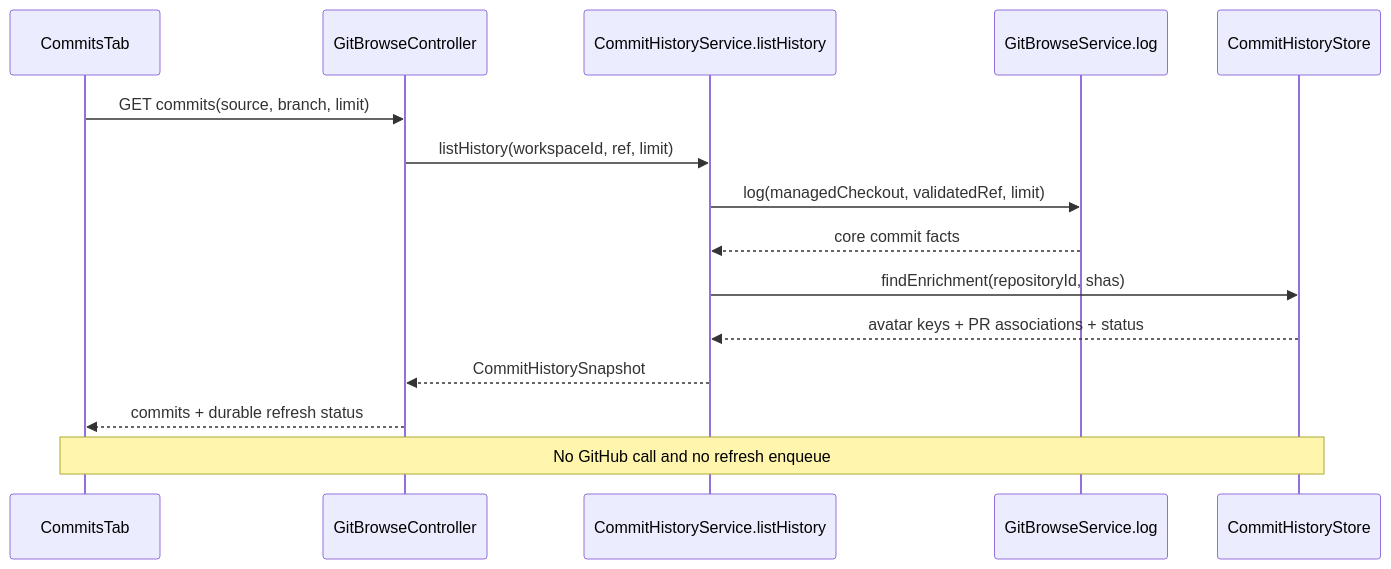
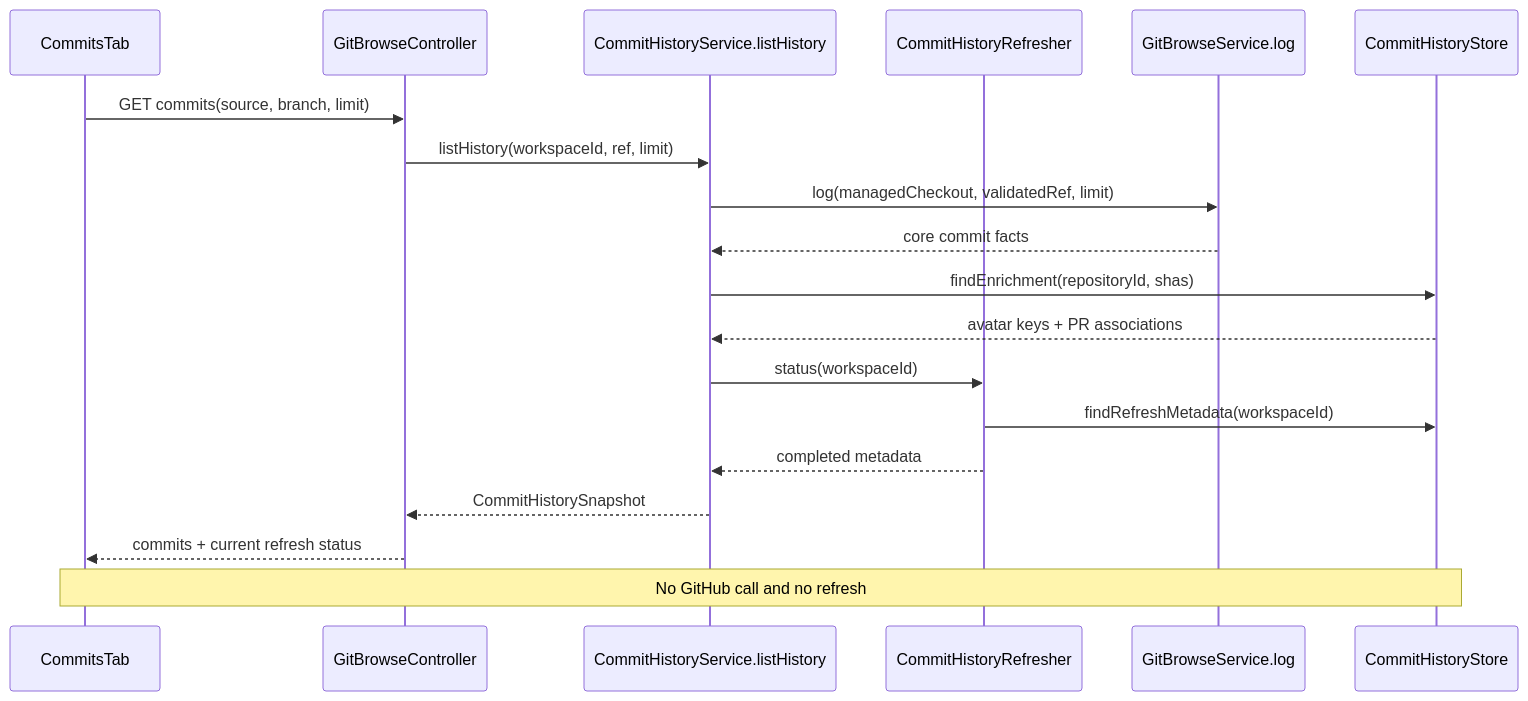
Before and after one commit to bytequay/bytequay: the first of 3 diagrams in docs/design/commits.md, drawn with Mermaid. The commit also changed other lines of this file and 28 other files, not shown here.

Commit message:
Refresh commit history directly

````diff
--- a/docs/design/commits.md
+++ b/docs/design/commits.md
@@ -404,18 +381,22 @@
 ```mermaid
 sequenceDiagram
     participant UI as CommitsTab
     participant API as GitBrowseController
     participant Service as CommitHistoryService.listHistory
+    participant Refresher as CommitHistoryRefresher
     participant Git as GitBrowseService.log
     participant Store as CommitHistoryStore
 
     UI->>API: GET commits(source, branch, limit)
     API->>Service: listHistory(workspaceId, ref, limit)
     Service->>Git: log(managedCheckout, validatedRef, limit)
     Git-->>Service: core commit facts
     Service->>Store: findEnrichment(repositoryId, shas)
-    Store-->>Service: avatar keys + PR associations + status
+    Store-->>Service: avatar keys + PR associations
+    Service->>Refresher: status(workspaceId)
+    Refresher->>Store: findRefreshMetadata(workspaceId)
+    Refresher-->>Service: completed metadata
     Service-->>API: CommitHistorySnapshot
-    API-->>UI: commits + durable refresh status
-    Note over UI,Store: No GitHub call and no refresh enqueue
+    API-->>UI: commits + current refresh status
+    Note over UI,Store: No GitHub call and no refresh
 ```
````
